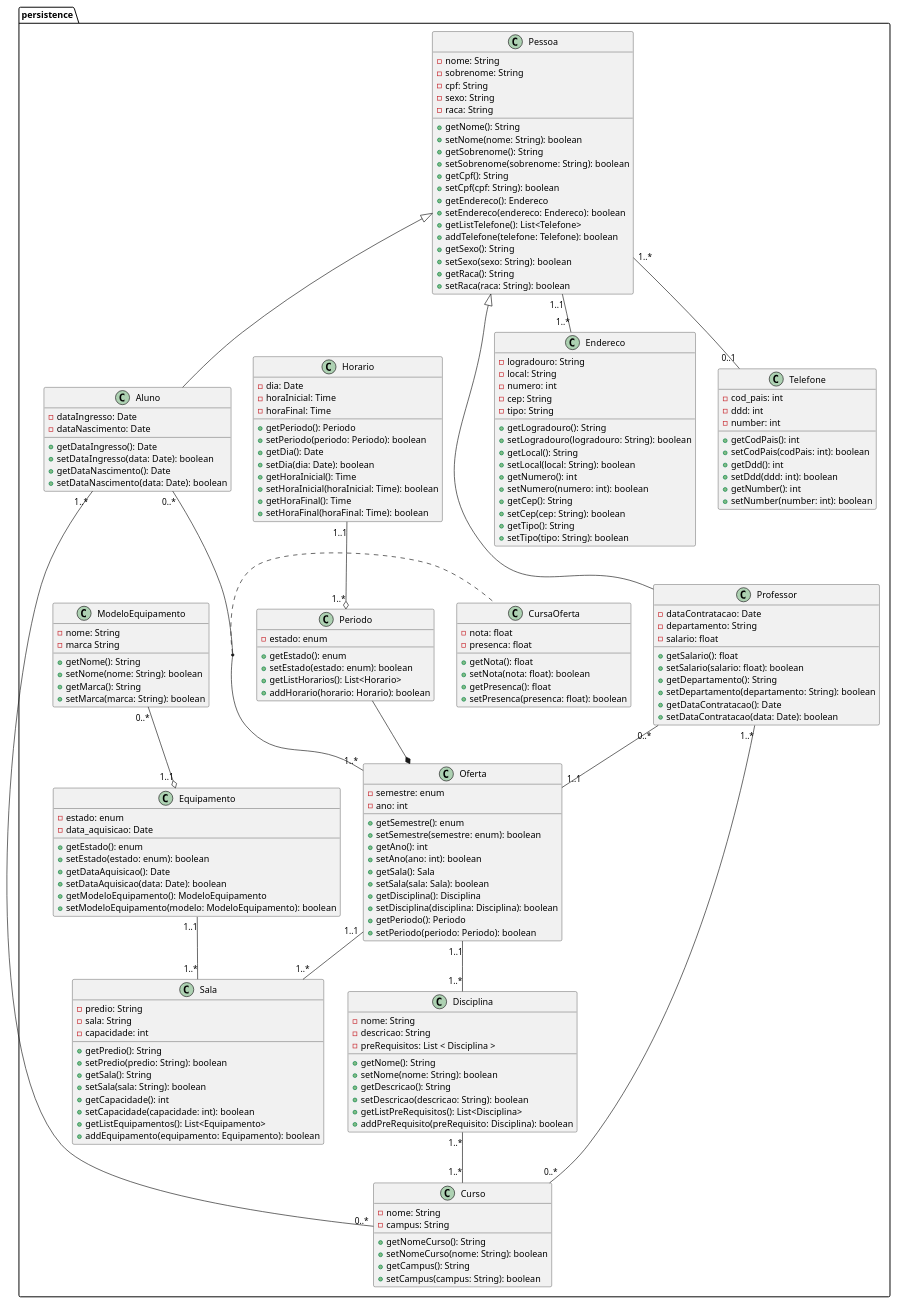
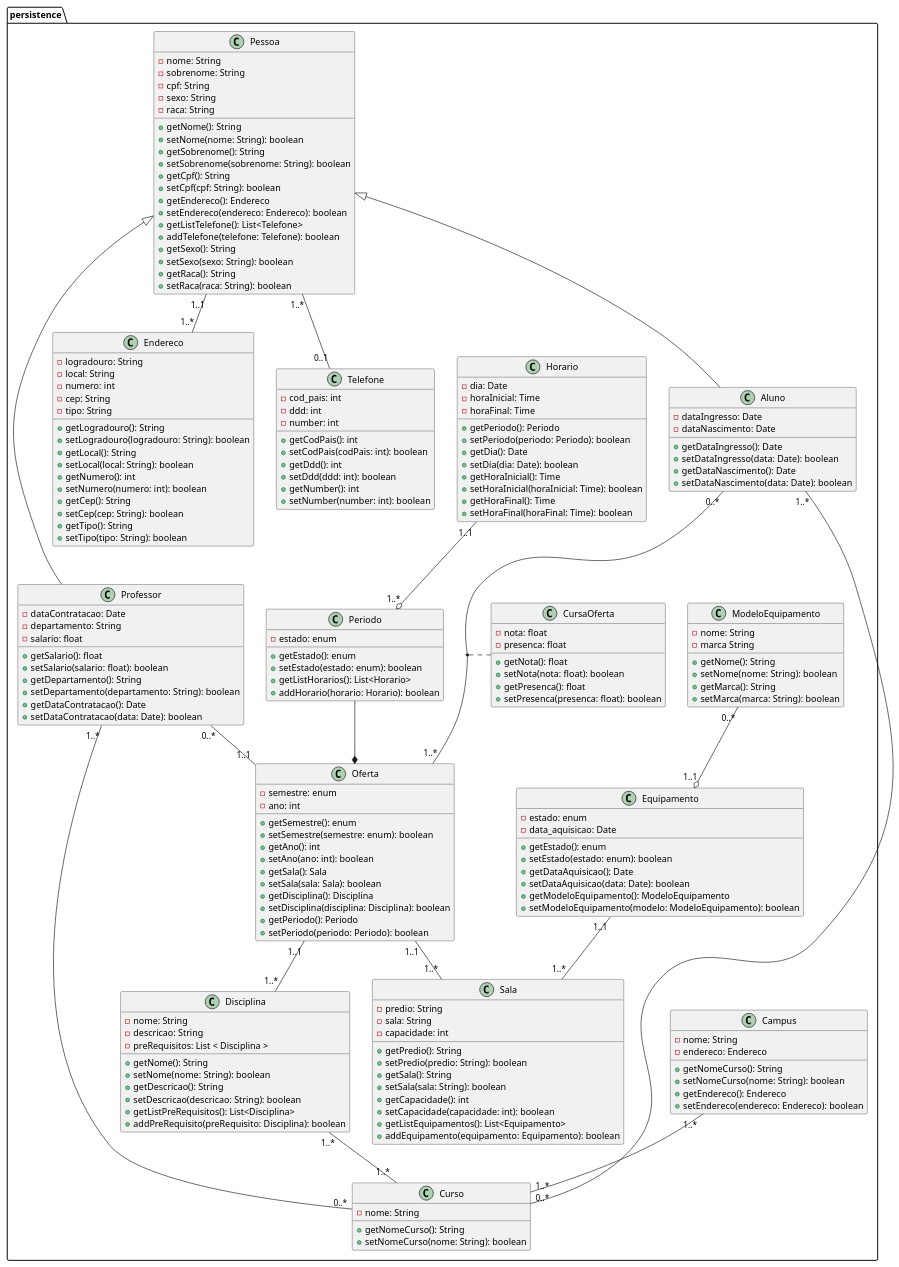
One commit to lknupp/sistema-de-gestao-academico changed the diagram in diagramas/src/diagrama-de-classe.puml. Above: the diagram before and after it, drawn with PlantUML. The commit also changed 3 other files, not shown here.

Commit message:
feat: update diagrams to include Campus entity

```diff
--- a/diagramas/src/diagrama-de-classe.puml
+++ b/diagramas/src/diagrama-de-classe.puml
@@ -120,14 +120,22 @@
         + setNumber(number: int): boolean
     }
 
-    class Curso{
+    class Curso {
         - nome: String
-        - campus: String
 
         + getNomeCurso(): String
         + setNomeCurso(nome: String): boolean
-        + getCampus(): String
-        + setCampus(campus: String): boolean
+    }
+
+    Campus "1..*" -- "1..*" Curso
+    class Campus {
+        - nome: String
+        - endereco: Endereco
+
+        + getNomeCurso(): String
+        + setNomeCurso(nome: String): boolean
+        + getEndereco(): Endereco
+        + setEndereco(endereco: Endereco): boolean
     }
 
     ' A relação é de muitos para muitos para as duas classes. 
```
